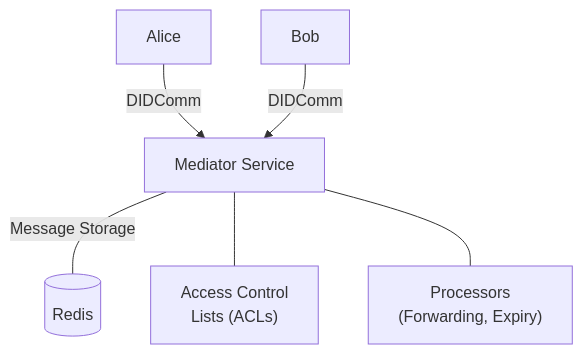
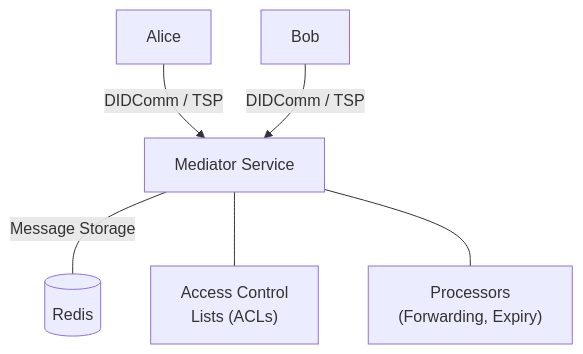
The diagram in crates/affinidi-messaging-mediator/README.md (affinidi/affinidi-messaging-mediator), drawn with Mermaid before and after one commit. The commit also changed other lines of this file and 82 other files, not shown here.

````diff
--- a/crates/affinidi-messaging-mediator/README.md
+++ b/crates/affinidi-messaging-mediator/README.md
@@ -13,8 +35,8 @@
 ```mermaid
 graph TD
-    A["Alice"] -->|DIDComm| MED["Mediator Service"]
-    B["Bob"] -->|DIDComm| MED
+    A["Alice"] -->|DIDComm / TSP| MED["Mediator Service"]
+    B["Bob"] -->|DIDComm / TSP| MED
     MED ---|Message Storage| REDIS[(Redis)]
     MED --- ACL["Access Control<br/>Lists (ACLs)"]
     MED --- PROC["Processors<br/>(Forwarding, Expiry)"]
 ```
````
